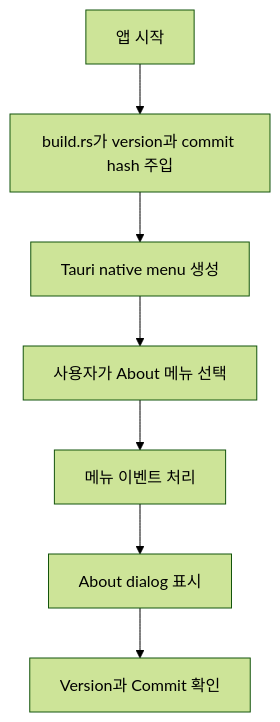
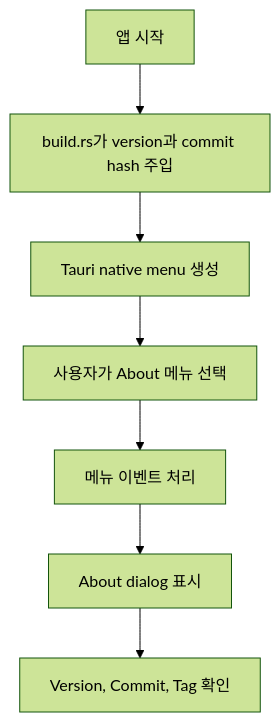
One commit to yoophi/agentic-workspace changed the diagram in docs/native-about-menu-verification.md. Above: the diagram before and after it, drawn with Mermaid (forest theme). The commit also changed other lines of this file and 2 other files, not shown here.

Commit message:
Add build tag to about dialog

````diff
--- a/docs/native-about-menu-verification.md
+++ b/docs/native-about-menu-verification.md
@@ -16,9 +18,9 @@
 ```mermaid
 flowchart TD
     A[앱 시작] --> B[build.rs가 version과 commit hash 주입]
     B --> C[Tauri native menu 생성]
     C --> D[사용자가 About 메뉴 선택]
     D --> E[메뉴 이벤트 처리]
     E --> F[About dialog 표시]
-    F --> G[Version과 Commit 확인]
+    F --> G[Version, Commit, Tag 확인]
 ```
````
